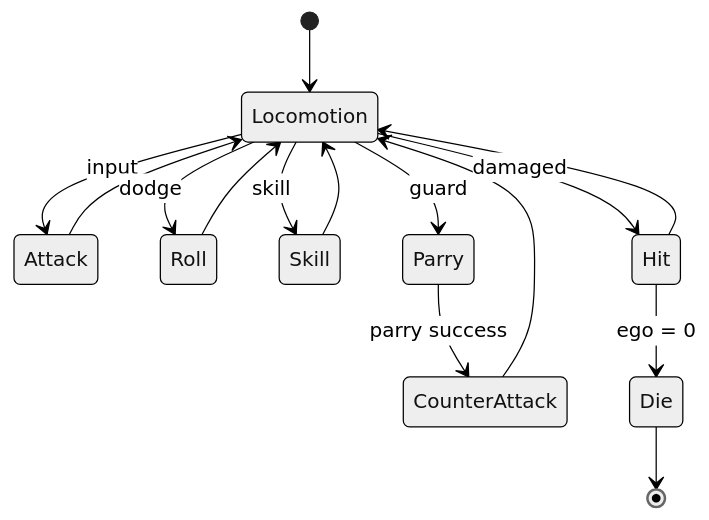
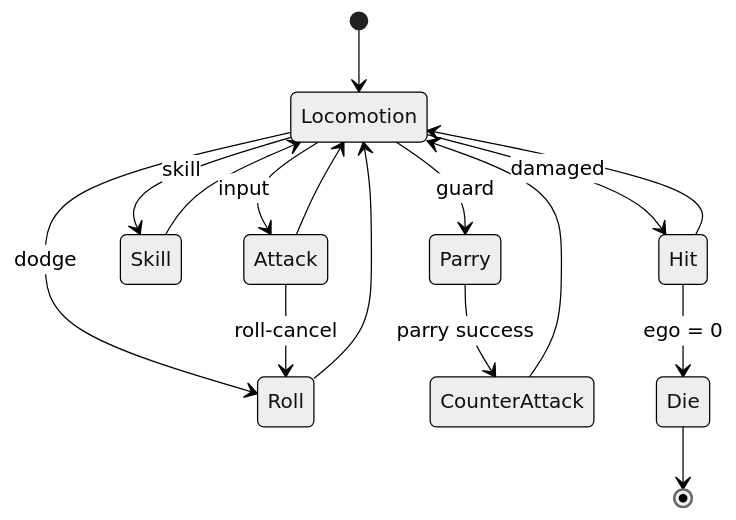
The diagram in README.md (DohunWi/3D-Action), drawn with Mermaid (neutral theme) before and after one commit. The commit also changed 1 other file, not shown here.

Commit message:
docs: document roll-cancel, parry attacker resolution, and counter lockout fix

````diff
--- a/README.md
+++ b/README.md
@@ -92,17 +92,18 @@
 ```mermaid
 stateDiagram-v2
     [*] --> Locomotion
     Locomotion --> Attack: input
     Locomotion --> Roll: dodge
     Locomotion --> Skill: skill
     Locomotion --> Parry: guard
     Parry --> CounterAttack: parry success
     Locomotion --> Hit: damaged
     Attack --> Locomotion
+    Attack --> Roll: roll-cancel
     Roll --> Locomotion
     Skill --> Locomotion
     CounterAttack --> Locomotion
     Hit --> Locomotion
     Hit --> Die: ego = 0
     Die --> [*]
 ```
````
